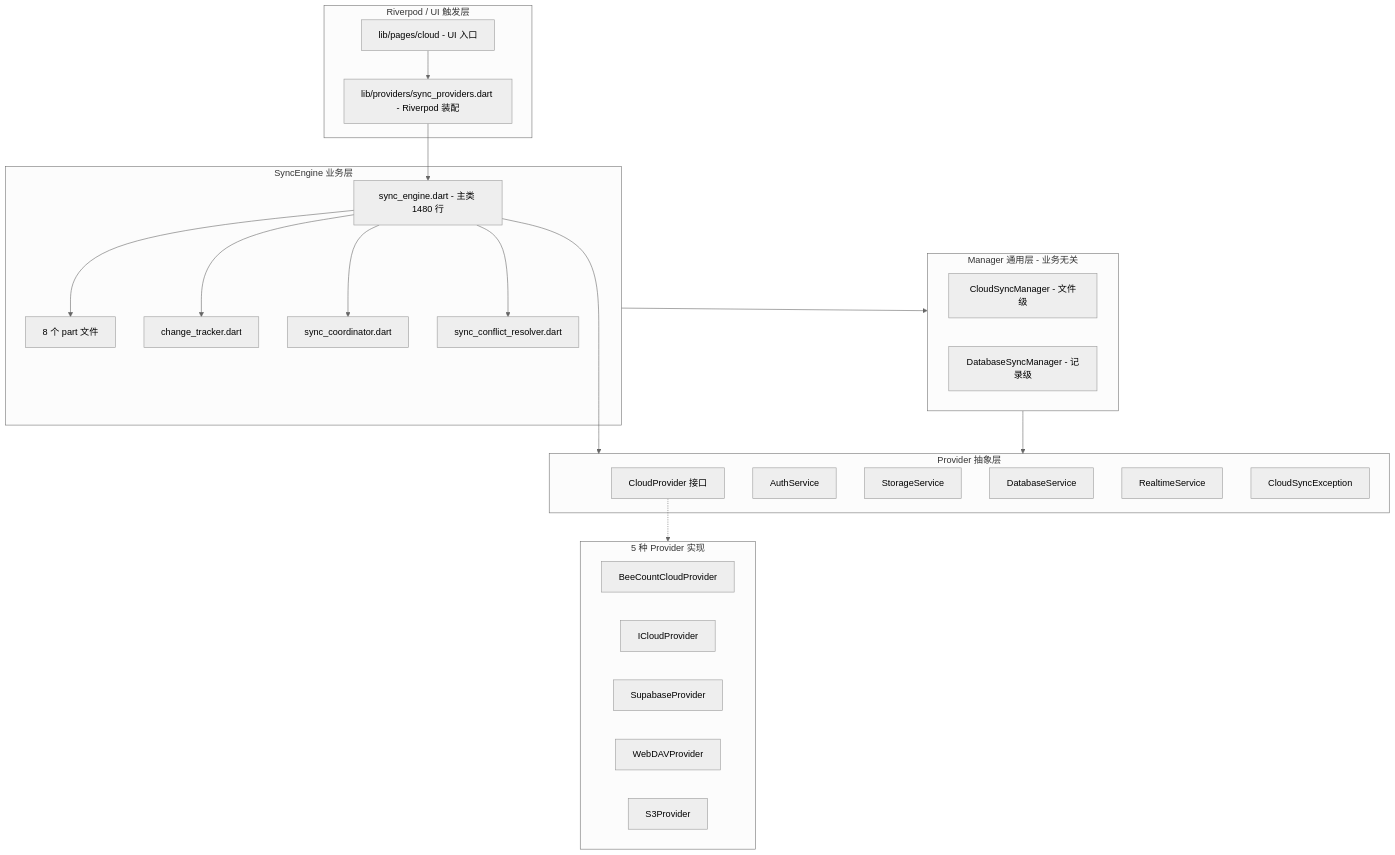
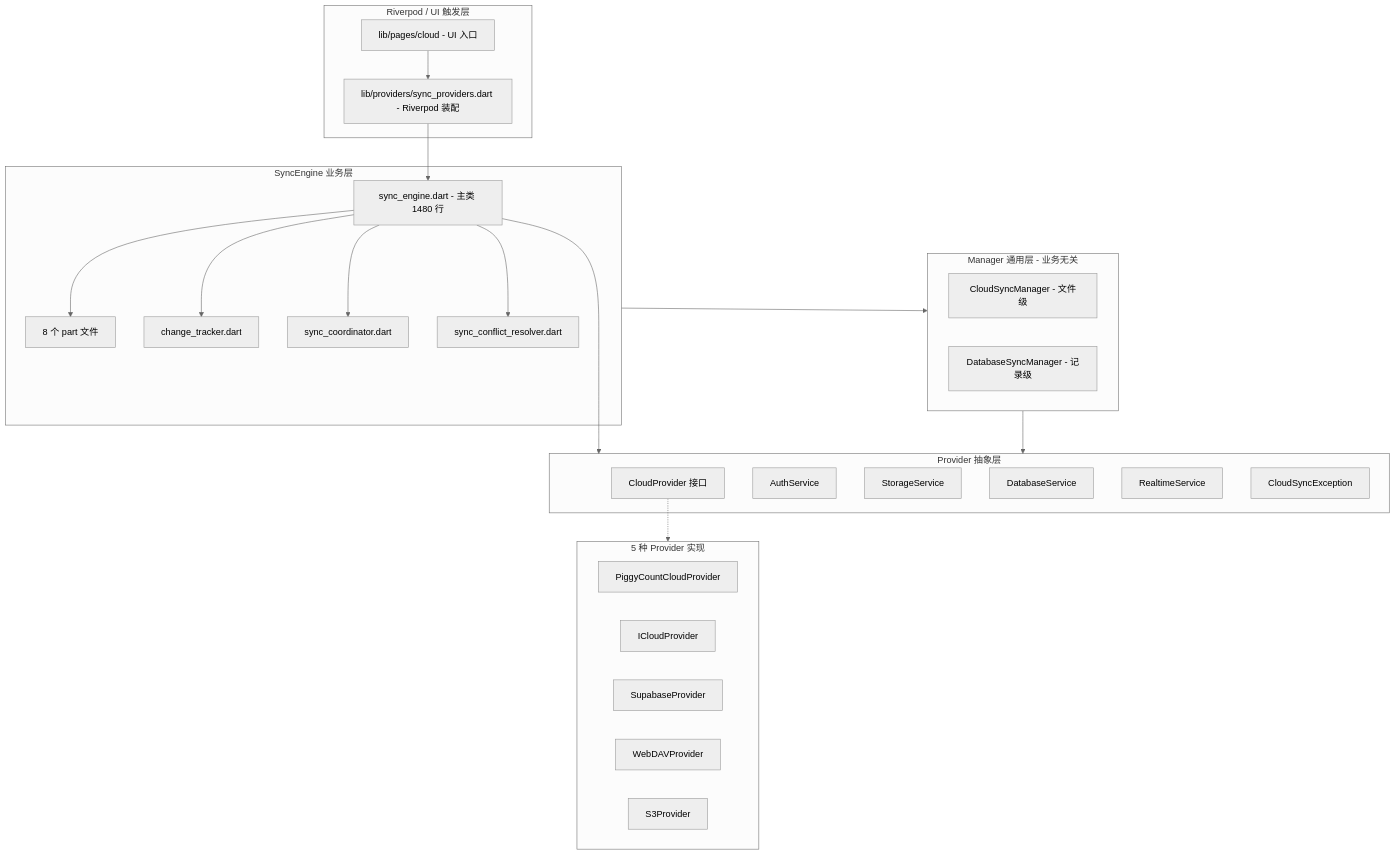
One commit to mecoren/PiggyCount changed the first of 10 diagrams in docoments/06-data-sync-and-offline.md. Above: the diagram before and after it, drawn with Mermaid (neutral theme). The commit also changed other lines of this file and 91 other files, not shown here.

````diff
--- a/docoments/06-data-sync-and-offline.md
+++ b/docoments/06-data-sync-and-offline.md
@@ -61,48 +61,48 @@
 ```mermaid
 flowchart TD
     subgraph L4[Riverpod / UI 触发层]
         UI[lib/pages/cloud - UI 入口]
         RVP[lib/providers/sync_providers.dart - Riverpod 装配]
     end
 
     subgraph L3[SyncEngine 业务层]
         ENGINE[sync_engine.dart - 主类 1480 行]
         PART8[8 个 part 文件]
         TRACKER[change_tracker.dart]
         COORD[sync_coordinator.dart]
         RESOLVER[sync_conflict_resolver.dart]
     end
 
     subgraph L2[Manager 通用层 - 业务无关]
         MGR1[CloudSyncManager - 文件级]
         MGR2[DatabaseSyncManager - 记录级]
     end
 
     subgraph L1[Provider 抽象层]
         ABS[CloudProvider 接口]
         AUTH[AuthService]
         STORAGE[StorageService]
         DB_SVC[DatabaseService]
         REAL[RealtimeService]
         EXC[CloudSyncException]
     end
 
     subgraph IMPL[5 种 Provider 实现]
-        BC[BeeCountCloudProvider]
+        BC[PiggyCountCloudProvider]
         IC[ICloudProvider]
         SUPA[SupabaseProvider]
         WEB[WebDAVProvider]
         S3[S3Provider]
     end
 
     UI --> RVP
     RVP --> ENGINE
     ENGINE --> TRACKER
     ENGINE --> COORD
     ENGINE --> RESOLVER
     ENGINE --> PART8
     ENGINE --> L1
     L3 --> L2
     L2 --> L1
     ABS -.-> IMPL
 ```
````
